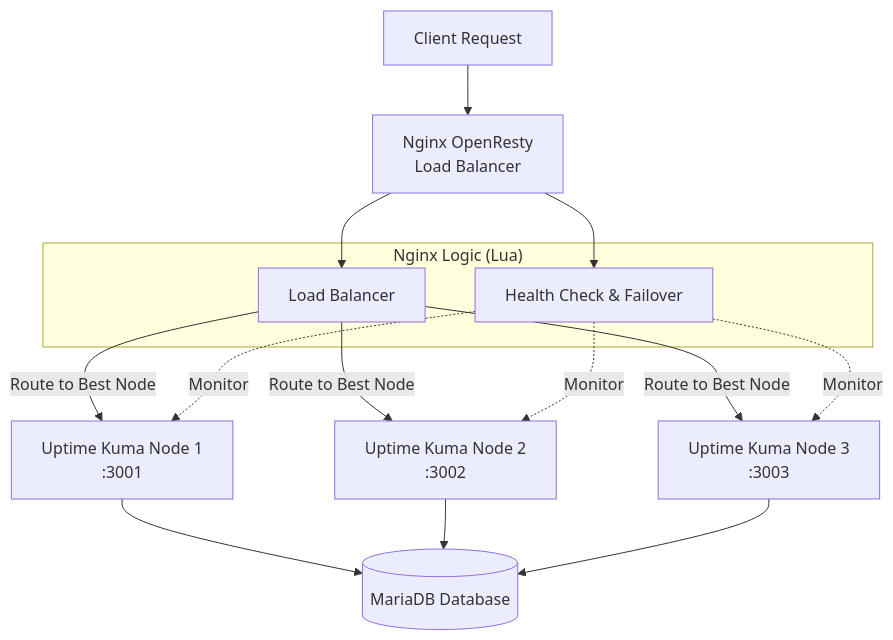
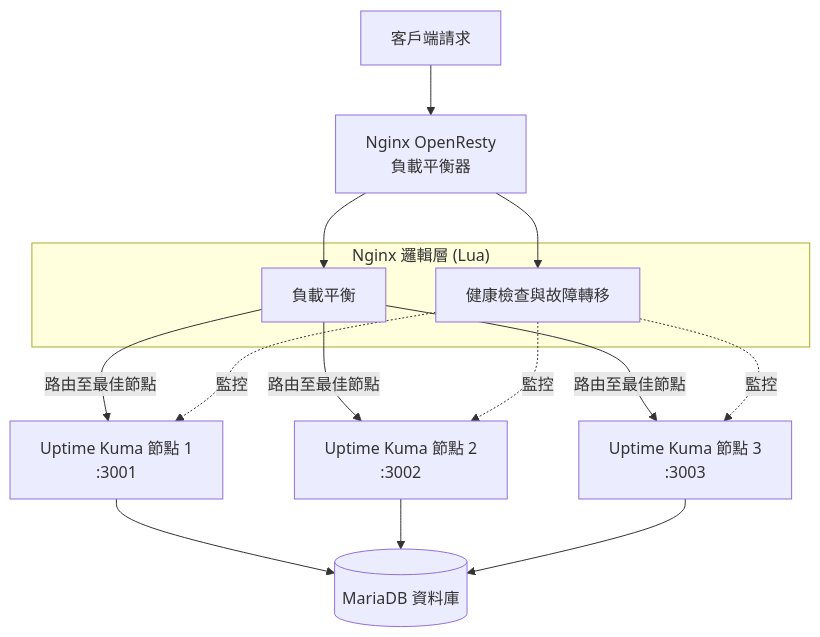
The first of 2 diagrams in README.md (markku636/uptime-kuma-cluster), drawn with Mermaid before and after one commit. The commit also changed other lines of this file and 1 other file, not shown here.

````diff
--- a/README.md
+++ b/README.md
@@ -351,24 +87,24 @@
 ```mermaid
 graph TD
-    Client[Client Request] --> Nginx[Nginx OpenResty<br>Load Balancer]
+    Client[客戶端請求] --> Nginx[Nginx OpenResty<br>負載平衡器]
     
-    subgraph "Nginx Logic (Lua)"
-        LB[Load Balancer]
-        HC[Health Check & Failover]
+    subgraph "Nginx 邏輯層 (Lua)"
+        LB[負載平衡]
+        HC[健康檢查與故障轉移]
     end
     
     Nginx --> LB
     Nginx --> HC
     
-    LB -->|Route to Best Node| Node1
-    LB -->|Route to Best Node| Node2
-    LB -->|Route to Best Node| Node3
+    LB -->|路由至最佳節點| Node1
+    LB -->|路由至最佳節點| Node2
+    LB -->|路由至最佳節點| Node3
     
-    HC -.->|Monitor| Node1[Uptime Kuma Node 1<br>:3001]
-    HC -.->|Monitor| Node2[Uptime Kuma Node 2<br>:3002]
-    HC -.->|Monitor| Node3[Uptime Kuma Node 3<br>:3003]
+    HC -.->|監控| Node1[Uptime Kuma 節點 1<br>:3001]
+    HC -.->|監控| Node2[Uptime Kuma 節點 2<br>:3002]
+    HC -.->|監控| Node3[Uptime Kuma 節點 3<br>:3003]
     
-    Node1 --> DB[(MariaDB Database)]
+    Node1 --> DB[(MariaDB 資料庫)]
     Node2 --> DB
     Node3 --> DB
 ```
````
